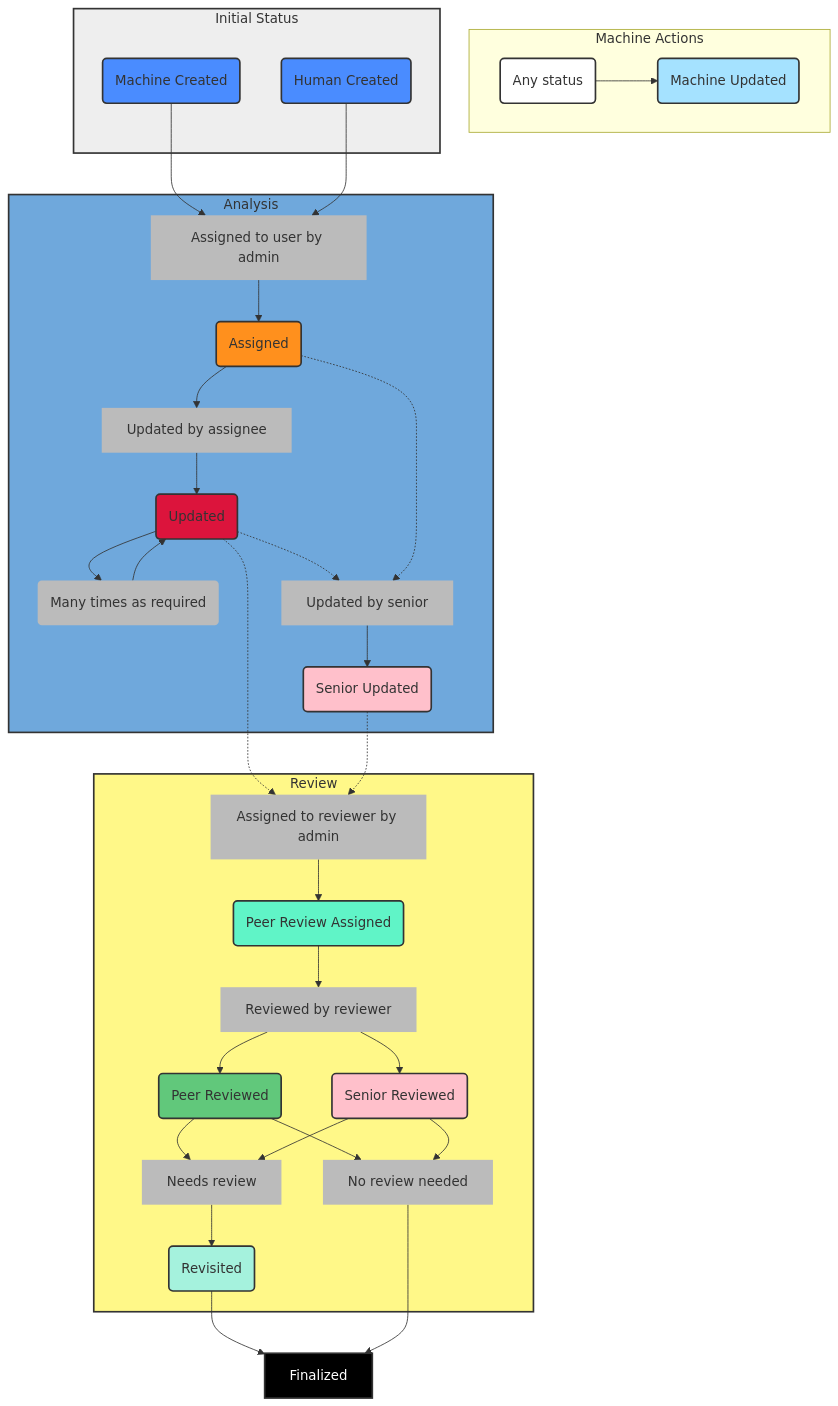
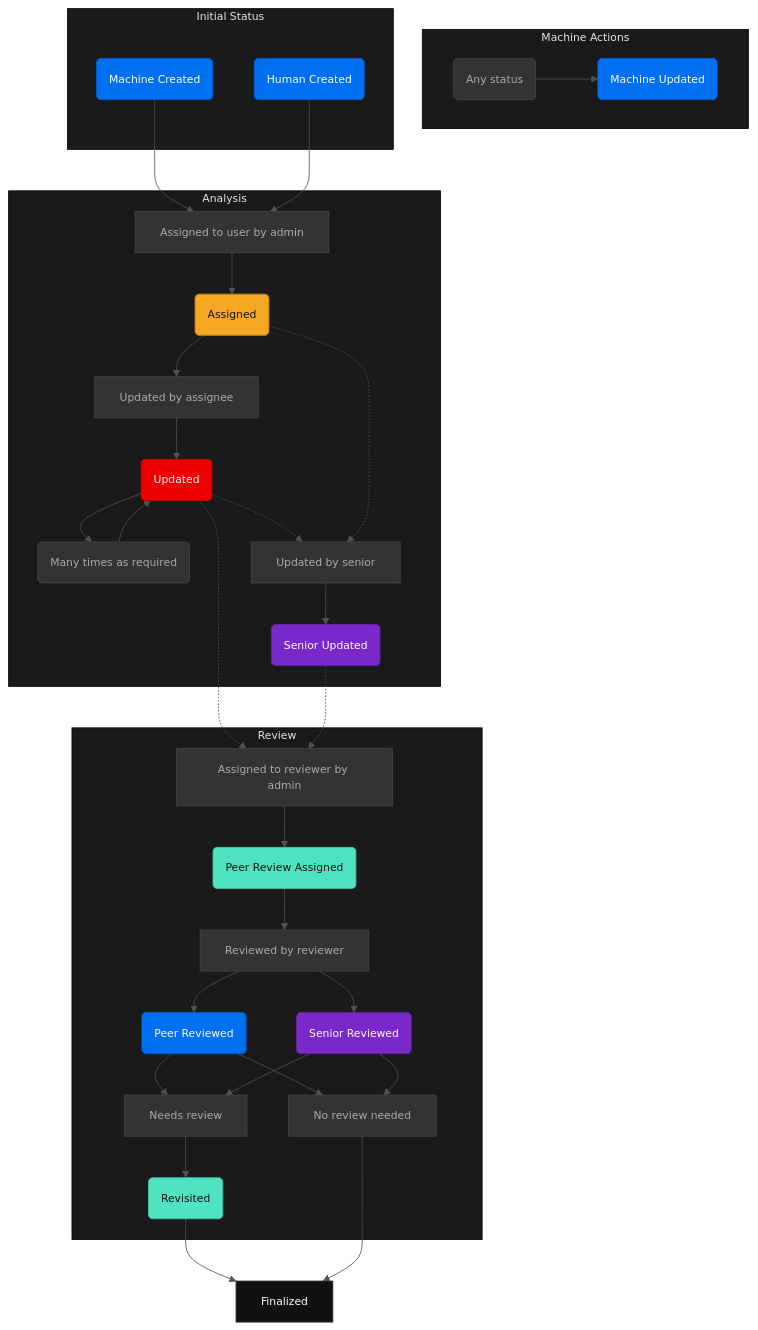
The diagram in docs/guide/workflow.md (sjacorg/bayanat), drawn with Mermaid before and after one commit. The commit also changed 5 other files, not shown here.

Commit message:
improve mermaid styling, restore full v3.0 threat model, fix install packages

````diff
--- a/docs/guide/workflow.md
+++ b/docs/guide/workflow.md
@@ -14,70 +14,66 @@
 ```mermaid
-%%{ init: { 'flowchart': { 'curve': 'basis' } } }%%
+%%{ init: { 'theme': 'base', 'themeVariables': { 'primaryColor': '#171717', 'lineColor': '#525252', 'primaryTextColor': '#fafafa', 'secondaryColor': '#262626', 'tertiaryColor': '#1a1a1a', 'primaryBorderColor': '#404040', 'fontFamily': 'system-ui, -apple-system, sans-serif', 'fontSize': '13px' }, 'flowchart': { 'curve': 'basis' } } }%%
 graph TB
 
-	subgraph 0 [Initial Status]
-		A(Machine Created)
-		B(Human Created)
+  subgraph 0 [Initial Status]
+    A(Machine Created)
+    B(Human Created)
   end
 
-	subgraph 1 [Analysis]
-  	A & B --> C[Assigned to user by admin]
+  subgraph 1 [Analysis]
+    A & B --> C[Assigned to user by admin]
     C --> D(Assigned)
     D --> DD[Updated by assignee]
     DD --> E(Updated)
     E --> F(Many times as required)
     E -.-> EE[Updated by senior]
     D -.-> EE
     EE --> EZ(Senior Updated)
     F --> E
   end
 
   E -.-> G[Assigned to reviewer by admin]
   EZ -.-> G
 
   subgraph 2 [Review]
     G --> H(Peer Review Assigned)
     H --> I[Reviewed by reviewer]
     I --> J(Peer Reviewed)
     I --> K(Senior Reviewed)
     J --> L[Needs review]
     K --> L
     L --> M(Revisited)
     J --> N[No review needed]
   end
 
-
   K --> N
 
   M --> Z[Finalized]
   N --> Z
 
   subgraph 4 [Machine Actions]
-  	T(Any status)
-  	T --> V(Machine Updated)
+    T(Any status)
+    T --> V(Machine Updated)
   end
 
-style A fill:#4a8cff,stroke:#333,stroke-width:2px
-style B fill:#4a8cff,stroke:#333,stroke-width:2px
-style C fill:#bbb,stroke:#333,stroke-width:0px
-style D fill:#ff901d,stroke:#333,stroke-width:2px
-style DD fill:#bbb,stroke:#333,stroke-width:0px
-style E fill:#dc143c,stroke:#333,stroke-width:2px
-style F fill:#bbb,stroke:#333,stroke-width:0px
-style G fill:#bbb,stroke:#333,stroke-width:0px
-style H fill:#60f4c7,stroke:#333,stroke-width:2px
-style I fill:#bbb,stroke:#333,stroke-width:0px
-style J fill:#61c87b,stroke:#333,stroke-width:2px
-style L fill:#bbb,stroke:#333,stroke-width:0px
-style N fill:#bbb,stroke:#333,stroke-width:0px
-style 0 fill:#eee,stroke:#333,stroke-width:2px
-style 1 fill:#6fa8dc,stroke:#333,stroke-width:2px
-style 2 fill:#fff888,stroke:#333,stroke-width:2px
-style EE fill:#bbb,stroke:#333,stroke-width:0px
-style EZ fill:#ffc0cb,stroke:#333,stroke-width:2px
-style K fill:#ffc0cb,stroke:#333,stroke-width:2px
-style M fill:#a5f2dd,stroke:#333,stroke-width:2px
-style T fill:#fff,stroke:#333,stroke-width:2px
-style V fill:#a5e2ff,stroke:#333,stroke-width:2px
-style Z fill:#000,stroke:#333,stroke-width:2px,color:#fff
+style A fill:#0070f3,stroke:#0060df,color:#fff
+style B fill:#0070f3,stroke:#0060df,color:#fff
+style C fill:#333,stroke:#444,color:#aaa
+style D fill:#f5a623,stroke:#e09500,color:#111
+style DD fill:#333,stroke:#444,color:#aaa
+style E fill:#e00,stroke:#c00,color:#fff
+style F fill:#333,stroke:#444,color:#aaa
+style G fill:#333,stroke:#444,color:#aaa
+style H fill:#50e3c2,stroke:#3cc7a8,color:#111
+style I fill:#333,stroke:#444,color:#aaa
+style J fill:#0070f3,stroke:#0060df,color:#fff
+style L fill:#333,stroke:#444,color:#aaa
+style N fill:#333,stroke:#444,color:#aaa
+style EE fill:#333,stroke:#444,color:#aaa
+style EZ fill:#7928ca,stroke:#6622aa,color:#fff
+style K fill:#7928ca,stroke:#6622aa,color:#fff
+style M fill:#50e3c2,stroke:#3cc7a8,color:#111
+style T fill:#333,stroke:#444,color:#aaa
+style V fill:#0070f3,stroke:#0060df,color:#fff
+style Z fill:#111,stroke:#333,color:#fff
 ```
````
